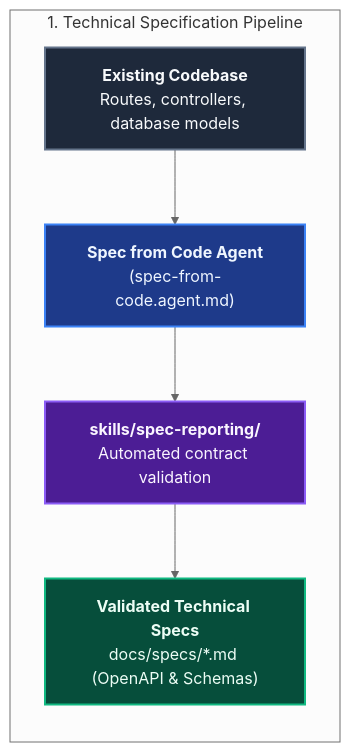
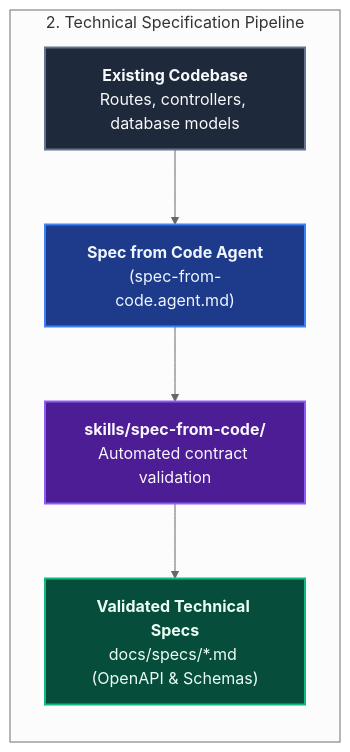
One commit to ALTEN-group/coding-pal changed the second of 4 diagrams in website/docs/guide/domain-docs.md. Above: the diagram before and after it, drawn with Mermaid (neutral theme). The commit also changed other lines of this file and 23 other files, not shown here.

````diff
--- a/website/docs/guide/domain-docs.md
+++ b/website/docs/guide/domain-docs.md
@@ -11,26 +56,26 @@
 ```mermaid
 ---
 caption: Technical Specification Pipeline (spec-from-code)
 ---
 flowchart TD
-    subgraph SpecTrack ["1. Technical Specification Pipeline"]
+    subgraph SpecTrack ["2. Technical Specification Pipeline"]
         direction TB
         CODE["<b>Existing Codebase</b><br/>Routes, controllers, database models"]
         AG_SPEC["<b>Spec from Code Agent</b><br/>(spec-from-code.agent.md)"]
-        VAL_SPEC["<b>skills/spec-reporting/</b><br/>Automated contract validation"]
+        VAL_SPEC["<b>skills/spec-from-code/</b><br/>Automated contract validation"]
         SPEC_OUT["<b>Validated Technical Specs</b><br/>docs/specs/*.md (OpenAPI & Schemas)"]
 
         CODE --> AG_SPEC
         AG_SPEC --> VAL_SPEC --> SPEC_OUT
     end
 
     classDef agent fill:#1e3a8a,stroke:#3b82f6,stroke-width:2px,color:#eff6ff;
     classDef skill fill:#4c1d95,stroke:#8b5cf6,stroke-width:2px,color:#faf5ff;
     classDef verify fill:#064e3b,stroke:#10b981,stroke-width:2px,color:#ecfdf5;
     classDef input fill:#1e293b,stroke:#64748b,stroke-width:2px,color:#f8fafc;
 
     class AG_SPEC agent;
     class VAL_SPEC skill;
     class CODE input;
     class SPEC_OUT verify;
 ```
````
